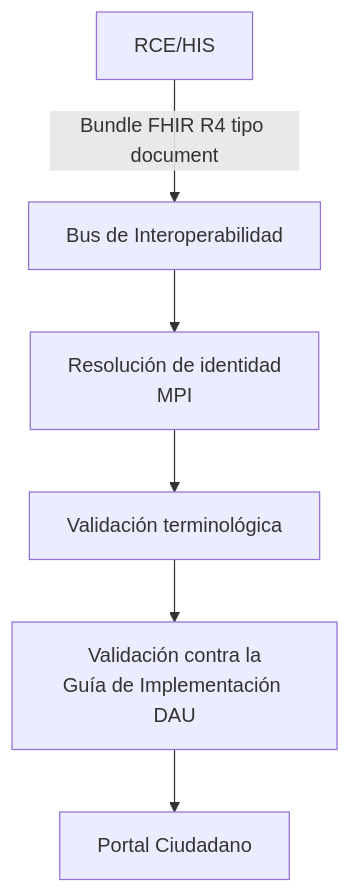
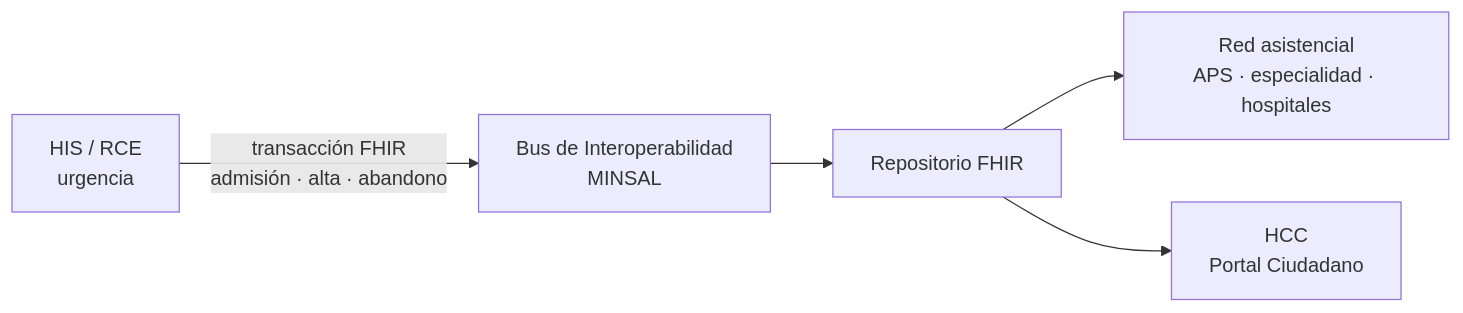
One commit to rchristiansen/CL-URGENCIA changed the second of 2 diagrams in input/pagecontent/index.md. Above: the diagram before and after it, drawn with Mermaid. The commit also changed other lines of this file and 38 other files, not shown here.

```diff
--- a/input/pagecontent/index.md
+++ b/input/pagecontent/index.md
@@ -44,8 +39,7 @@
 <div class="mermaid">
-flowchart TD
-    A["RCE/HIS "] -->|"Bundle FHIR R4 tipo document"| B["Bus de Interoperabilidad"]
-    B --> C["Resolución de identidad<br/>MPI"]
-    C --> D["Validación terminológica"]
-    D --> E["Validación contra la<br/>Guía de Implementación DAU"]
-    E --> F["Portal Ciudadano"]
+flowchart LR
+    HIS["HIS / RCE<br/>urgencia"] -->|"transacción FHIR<br/>admisión · alta · abandono"| BUS["Bus de Interoperabilidad<br/>MINSAL"]
+    BUS --> REP["Repositorio FHIR"]
+    REP --> RED["Red asistencial<br/>APS · especialidad · hospitales"]
+    REP --> HCC["HCC<br/>Portal Ciudadano"]
 </div>
```
